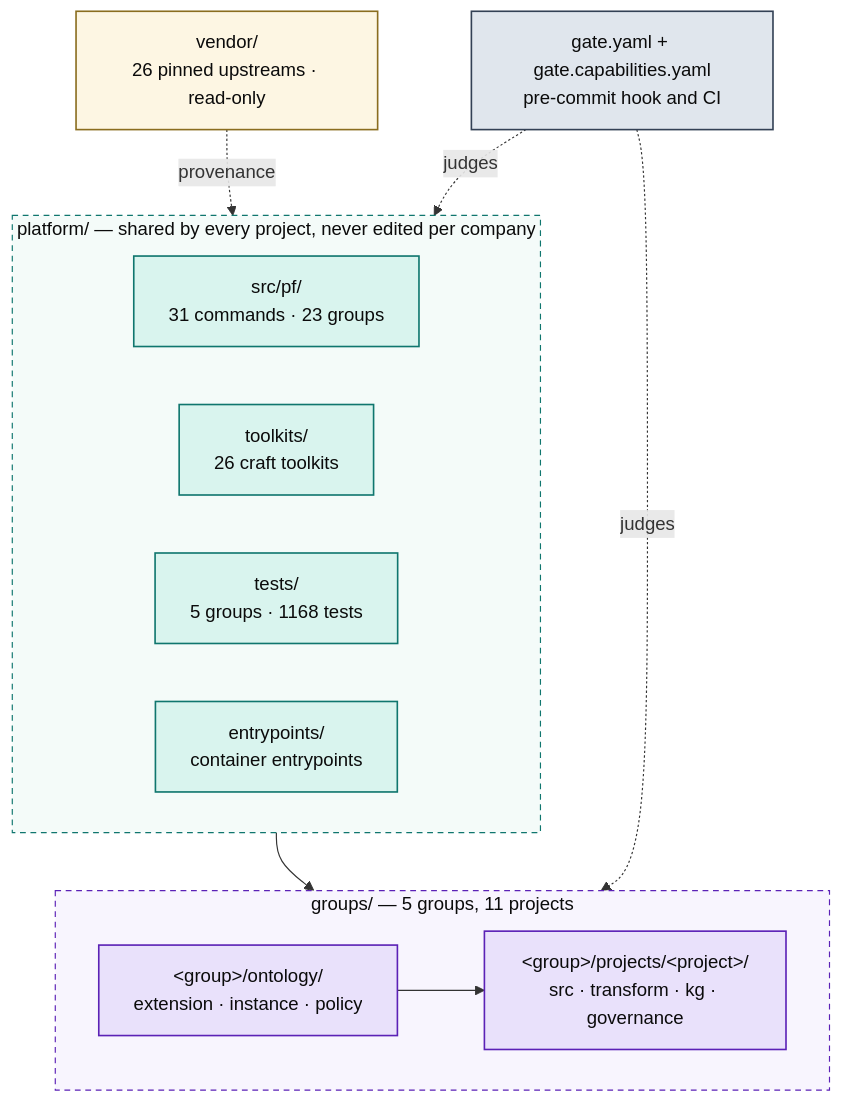
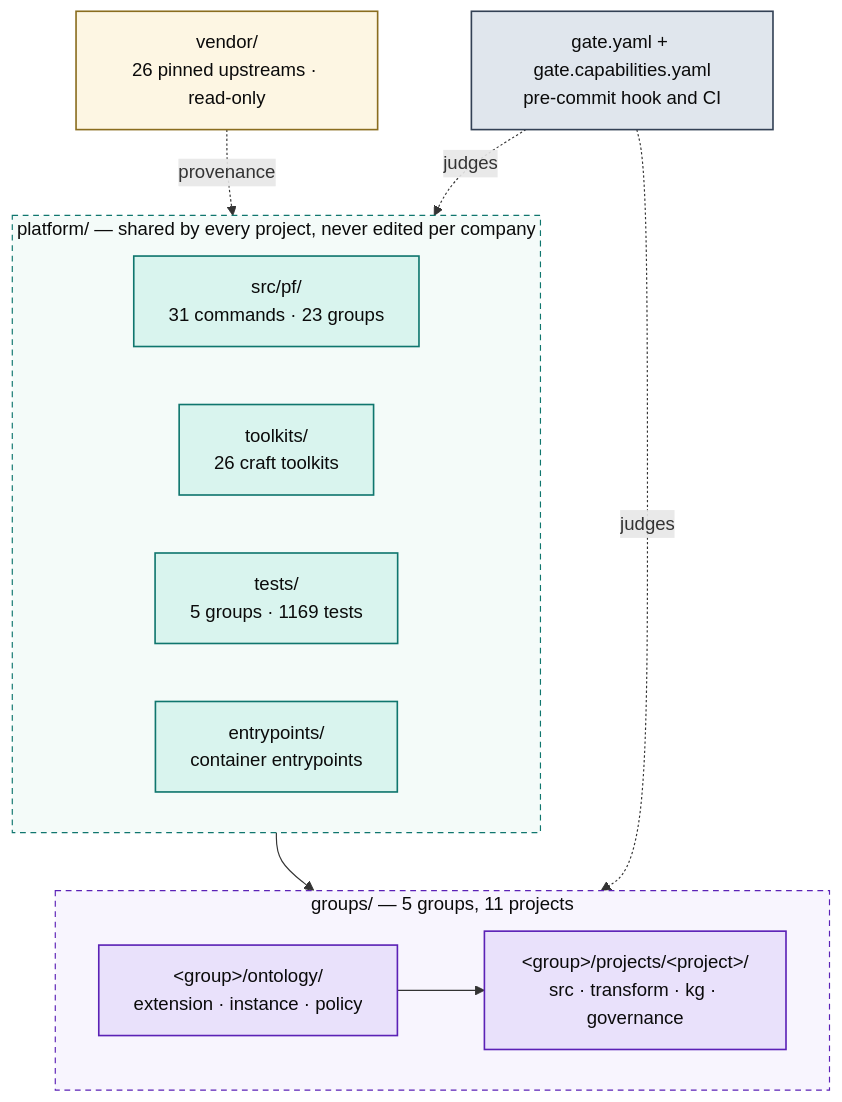
The first of 5 diagrams in docs/ARCHITECTURE.md (Atomz-org/data-platform), drawn with Mermaid before and after one commit. The commit also changed other lines of this file and 6 other files, not shown here.

````diff
--- a/docs/ARCHITECTURE.md
+++ b/docs/ARCHITECTURE.md
@@ -15,36 +15,36 @@
 ```mermaid
 flowchart TB
   subgraph SHARED["platform/ — shared by every project, never edited per company"]
     direction LR
     ENG["src/pf/<br/>31 commands · 23 groups"]
     TK["toolkits/<br/>26 craft toolkits"]
-    TST["tests/<br/>5 groups · 1168 tests"]
+    TST["tests/<br/>5 groups · 1169 tests"]
     ENT["entrypoints/<br/>container entrypoints"]
   end
 
   subgraph ENTITIES["groups/ — 5 groups, 11 projects"]
     direction LR
     GRP["&lt;group&gt;/ontology/<br/>extension · instance · policy"]
     PRJ["&lt;group&gt;/projects/&lt;project&gt;/<br/>src · transform · kg · governance"]
     GRP --> PRJ
   end
 
   VEN["vendor/<br/>26 pinned upstreams · read-only"]
   GATE["gate.yaml + gate.capabilities.yaml<br/>pre-commit hook and CI"]
 
   SHARED --> ENTITIES
   VEN -.provenance.-> SHARED
   GATE -.judges.-> ENTITIES
   GATE -.judges.-> SHARED
 
   classDef code fill:#d9f4ee,stroke:#0f766e,stroke-width:1.4px,color:#0b0b0b
   classDef data fill:#e9e1fb,stroke:#5b21b6,stroke-width:1.4px,color:#0b0b0b
   classDef gov fill:#e0e6ed,stroke:#334155,stroke-width:1.4px,color:#0b0b0b
   classDef ext fill:#fdf6e3,stroke:#8a6d1f,stroke-width:1.4px,color:#0b0b0b
   class ENG,TK,TST,ENT code
   class GRP,PRJ data
   class GATE gov
   class VEN ext
   style SHARED fill:#f4fbf9,stroke:#0f766e,stroke-dasharray:5 4,color:#0b0b0b
   style ENTITIES fill:#f8f5fe,stroke:#5b21b6,stroke-dasharray:5 4,color:#0b0b0b
 ```
````
